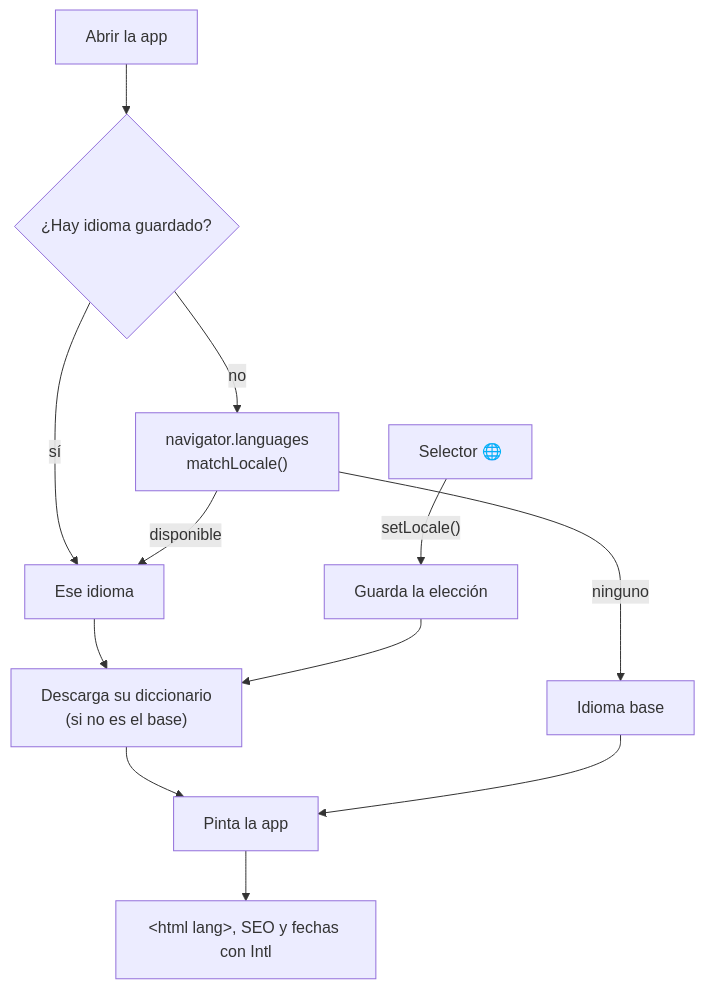
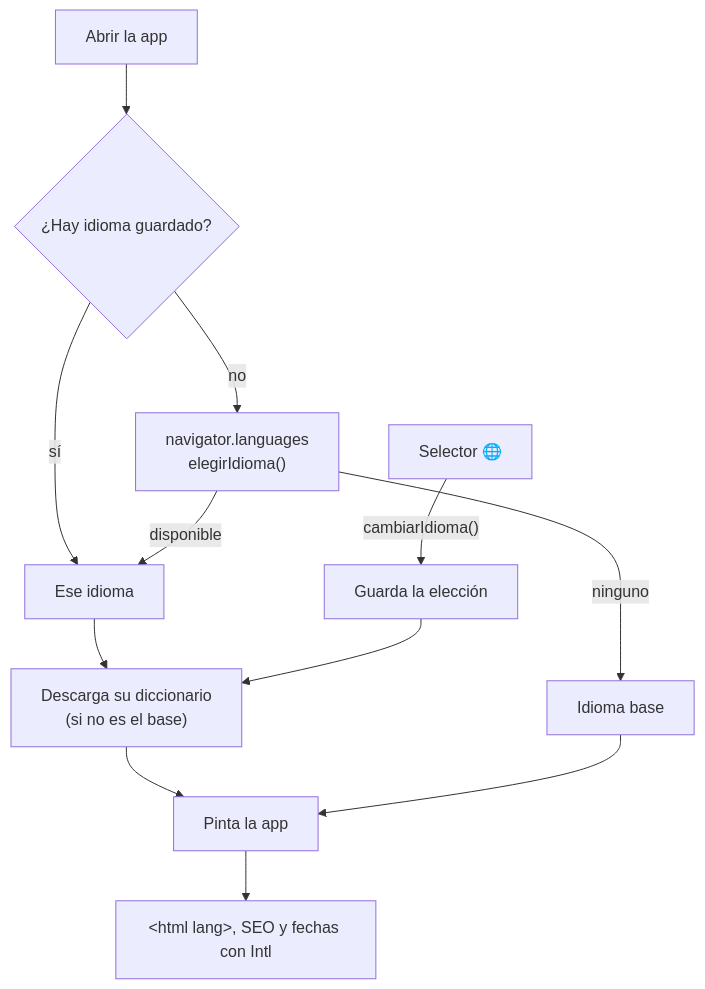
Before and after one commit to Juan-Carlos-Estevez-Vargas/Tacazo: diagram 11 of 12 in docs/DIAGRAMAS.md, drawn with Mermaid. The commit also changed 16 other files, not shown here.

````diff
--- a/docs/DIAGRAMAS.md
+++ b/docs/DIAGRAMAS.md
@@ -250,13 +250,13 @@
 ```mermaid
 flowchart TD
   A["Abrir la app"] --> B{"¿Hay idioma guardado?"}
   B -- "sí" --> L["Ese idioma"]
-  B -- "no" --> C["navigator.languages<br/>matchLocale()"]
+  B -- "no" --> C["navigator.languages<br/>elegirIdioma()"]
   C -- "disponible" --> L
   C -- "ninguno" --> BASE["Idioma base"]
   L --> D["Descarga su diccionario<br/>(si no es el base)"]
   D --> R["Pinta la app"]
   BASE --> R
   R --> H["&lt;html lang&gt;, SEO y fechas con Intl"]
-  S["Selector 🌐"] -- "setLocale()" --> G["Guarda la elección"] --> D
+  S["Selector 🌐"] -- "cambiarIdioma()" --> G["Guarda la elección"] --> D
 ```
````
